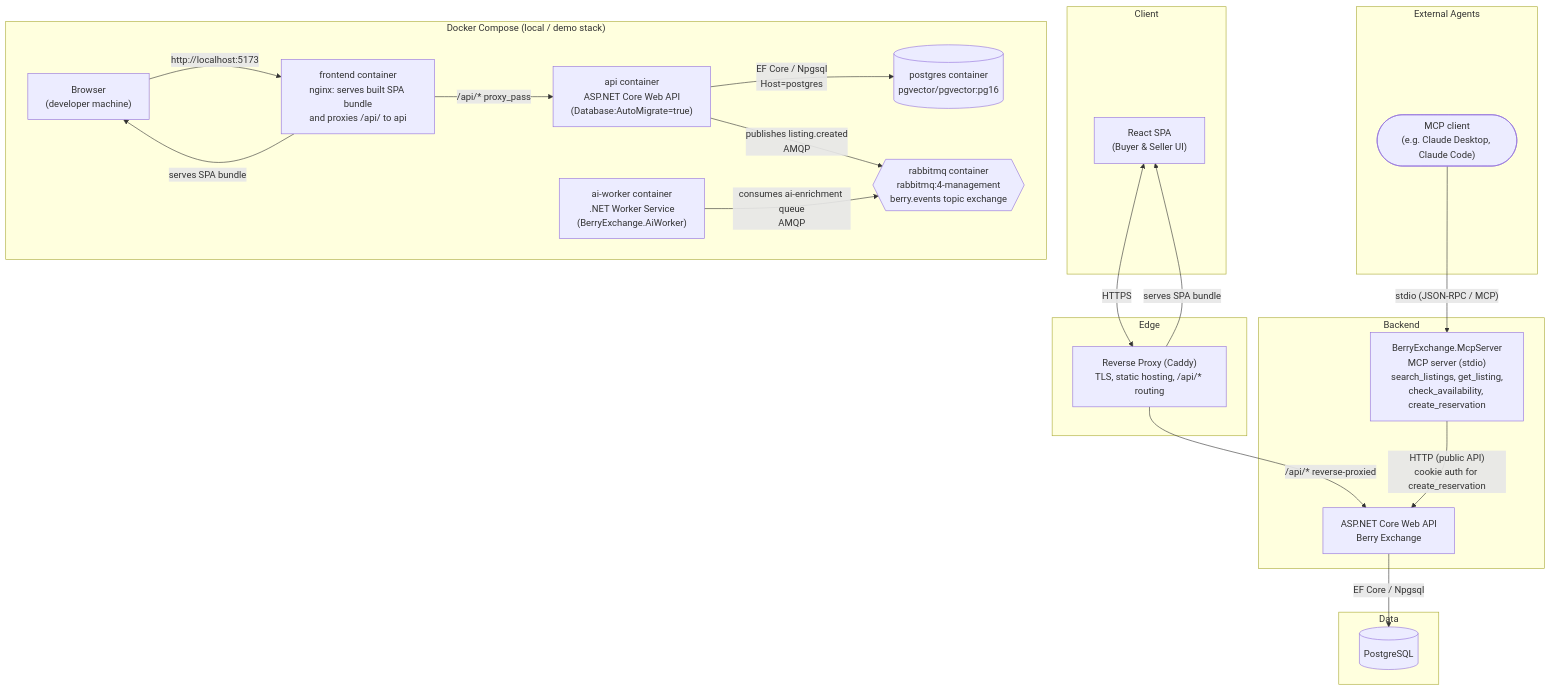
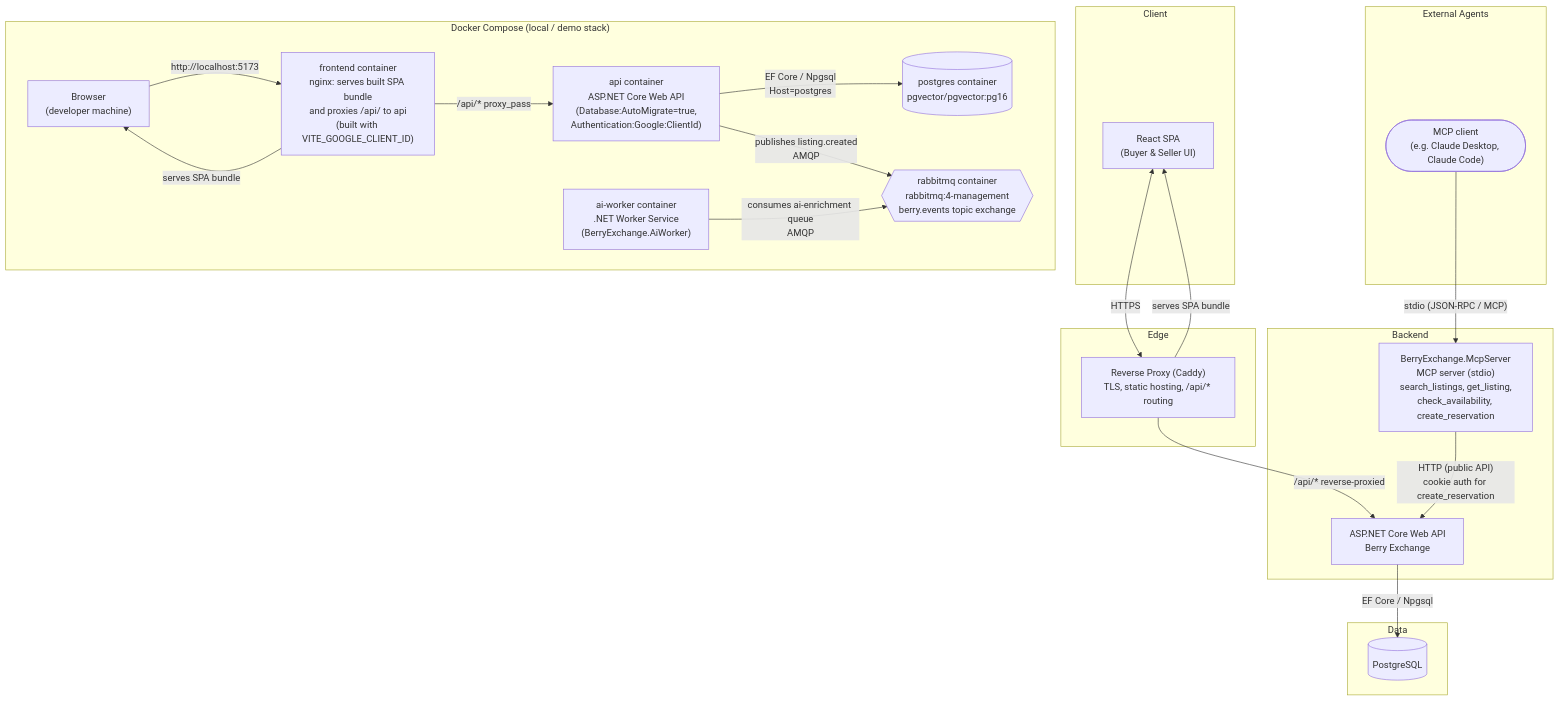
The diagram in docs/architecture/container.mmd (Nazarii-Mandiak/BerryMarketplace), drawn with Mermaid before and after one commit. The commit also changed 4 other files, not shown here.

First line of the commit message:
Wire GOOGLE_CLIENT_ID through Docker Compose for Google sign-in

```diff
--- a/docs/architecture/container.mmd
+++ b/docs/architecture/container.mmd
@@ -1,42 +1,42 @@
 %% Berry Exchange — C4 Level 2: Containers
 graph TB
     subgraph Client
         Browser["React SPA<br/>(Buyer & Seller UI)"]
     end
     subgraph Edge
         Proxy["Reverse Proxy (Caddy)<br/>TLS, static hosting, /api/* routing"]
     end
     subgraph Backend
         API["ASP.NET Core Web API<br/>Berry Exchange"]
         McpServer["BerryExchange.McpServer<br/>MCP server (stdio)<br/>search_listings, get_listing,<br/>check_availability, create_reservation"]
     end
     subgraph Data
         DB[("PostgreSQL")]
     end
     subgraph "External Agents"
         McpClient(["MCP client<br/>(e.g. Claude Desktop, Claude Code)"])
     end
 
     Browser <-->|HTTPS| Proxy
     Proxy -->|serves SPA bundle| Browser
     Proxy -->|"/api/* reverse-proxied"| API
     API -->|"EF Core / Npgsql"| DB
     McpClient -->|"stdio (JSON-RPC / MCP)"| McpServer
     McpServer -->|"HTTP (public API)<br/>cookie auth for create_reservation"| API
 
     %% --- Local / demo topology (ADR-0008): docker-compose, no separate edge proxy ---
     subgraph "Docker Compose (local / demo stack)"
         ComposeBrowser["Browser<br/>(developer machine)"]
-        FrontendContainer["frontend container<br/>nginx: serves built SPA bundle<br/>and proxies /api/ to api"]
-        ApiContainer["api container<br/>ASP.NET Core Web API<br/>(Database:AutoMigrate=true)"]
+        FrontendContainer["frontend container<br/>nginx: serves built SPA bundle<br/>and proxies /api/ to api<br/>(built with VITE_GOOGLE_CLIENT_ID)"]
+        ApiContainer["api container<br/>ASP.NET Core Web API<br/>(Database:AutoMigrate=true,<br/>Authentication:Google:ClientId)"]
         PostgresContainer[("postgres container<br/>pgvector/pgvector:pg16")]
         RabbitMqContainer{{"rabbitmq container<br/>rabbitmq:4-management<br/>berry.events topic exchange"}}
         AiWorkerContainer["ai-worker container<br/>.NET Worker Service<br/>(BerryExchange.AiWorker)"]
     end
 
     ComposeBrowser -->|"http://localhost:5173"| FrontendContainer
     FrontendContainer -->|serves SPA bundle| ComposeBrowser
     FrontendContainer -->|"/api/* proxy_pass"| ApiContainer
     ApiContainer -->|"EF Core / Npgsql<br/>Host=postgres"| PostgresContainer
     ApiContainer -->|"publishes listing.created<br/>AMQP"| RabbitMqContainer
     AiWorkerContainer -->|"consumes ai-enrichment queue<br/>AMQP"| RabbitMqContainer
```
